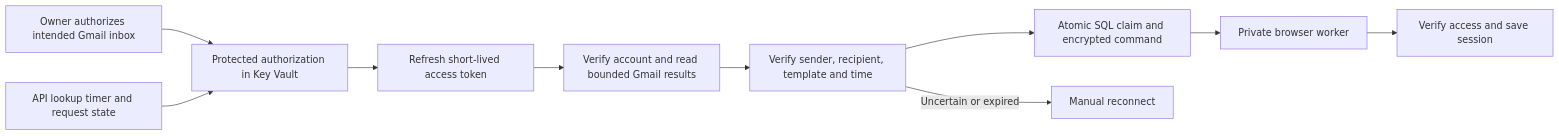
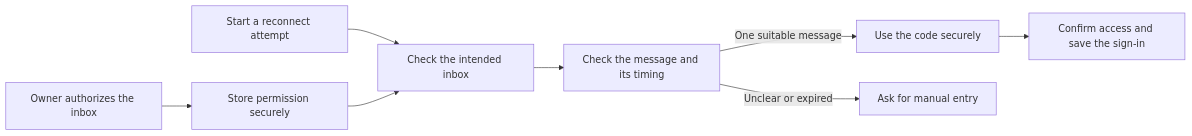
One commit to truthofsource/gmail-api-access-and-mfa-recovery changed the diagram in README.md. Above: the diagram before and after it, drawn with Mermaid. The commit also changed other lines of this file and 6 other files, not shown here.

````diff
--- a/README.md
+++ b/README.md
@@ -21,12 +27,10 @@
 ```mermaid
 flowchart LR
-  Consent[Owner authorizes intended Gmail inbox] --> Vault[Protected authorization in Key Vault]
-  API[API lookup timer and request state] --> Vault
-  Vault --> OAuth[Refresh short-lived access token]
-  OAuth --> Gmail[Verify account and read bounded Gmail results]
-  Gmail --> Verify[Verify sender, recipient, template and time]
-  Verify --> Claim[Atomic SQL claim and encrypted command]
-  Claim --> Worker[Private browser worker]
-  Worker --> Session[Verify access and save session]
-  Verify -->|Uncertain or expired| Manual[Manual reconnect]
+  Owner[Owner authorizes the inbox] --> Permission[Store permission securely]
+  Reconnect[Start a reconnect attempt] --> Inbox[Check the intended inbox]
+  Permission --> Inbox
+  Inbox --> Message[Check the message and its timing]
+  Message -->|One suitable message| SignIn[Use the code securely]
+  SignIn --> Confirm[Confirm access and save the sign-in]
+  Message -->|Unclear or expired| Manual[Ask for manual entry]
 ```
````
